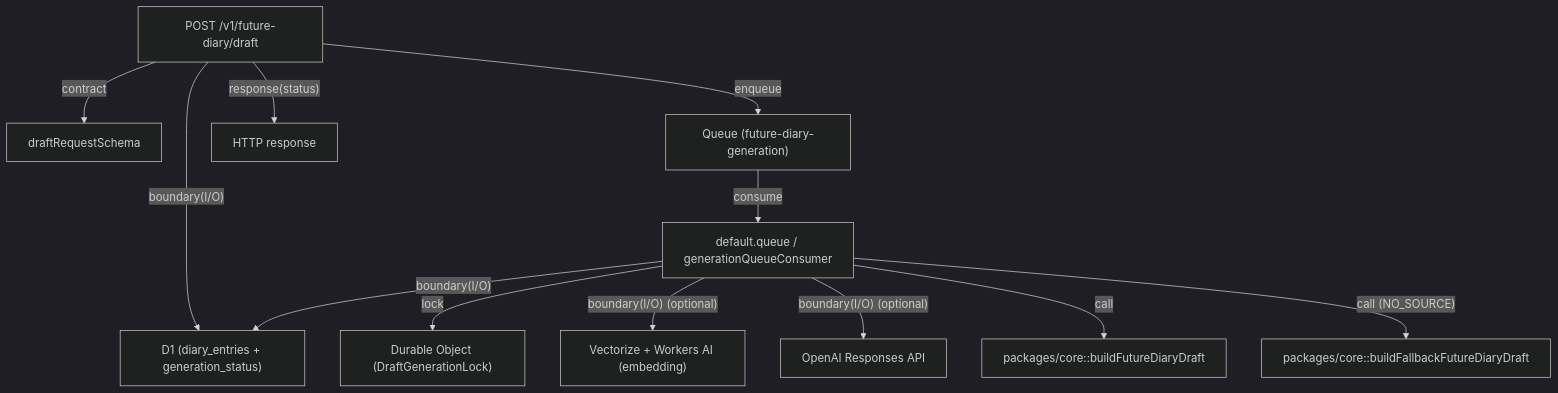
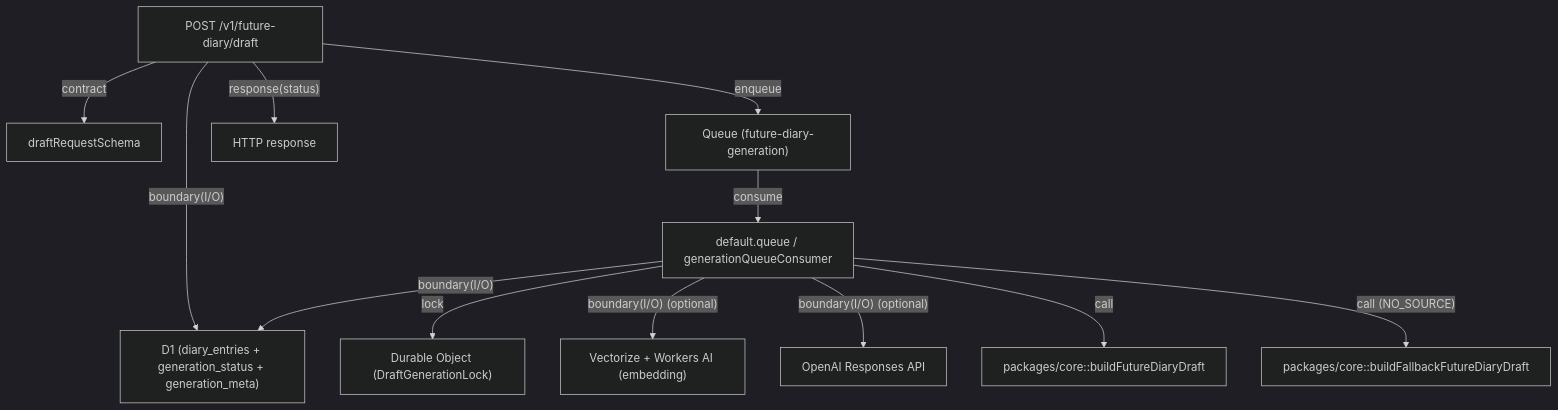
One commit to YotaroMatsui/future_diary changed the diagram in apps/api/README.md. Above: the diagram before and after it, drawn with Mermaid (dark theme). The commit also changed other lines of this file and 16 other files, not shown here.

````diff
--- a/apps/api/README.md
+++ b/apps/api/README.md
@@ -376,15 +376,15 @@
 ```mermaid
 flowchart TD
   EP["POST /v1/future-diary/draft"] -->|"contract"| ZD["draftRequestSchema"]
-  EP -->|"boundary(I/O)"| D1["D1 (diary_entries + generation_status)"]
+  EP -->|"boundary(I/O)"| D1["D1 (diary_entries + generation_status + generation_meta)"]
   EP -->|"enqueue"| Q["Queue (future-diary-generation)"]
   EP -->|"response(status)"| HTTP["HTTP response"]
 
   Q -->|"consume"| QC["default.queue / generationQueueConsumer"]
   QC -->|"lock"| DO["Durable Object (DraftGenerationLock)"]
   QC -->|"boundary(I/O)"| D1
   QC -->|"boundary(I/O) (optional)"| VEC["Vectorize + Workers AI (embedding)"]
   QC -->|"boundary(I/O) (optional)"| OA["OpenAI Responses API"]
   QC -->|"call"| UC["packages/core::buildFutureDiaryDraft"]
   QC -->|"call (NO_SOURCE)"| FB["packages/core::buildFallbackFutureDiaryDraft"]
 ```
````
